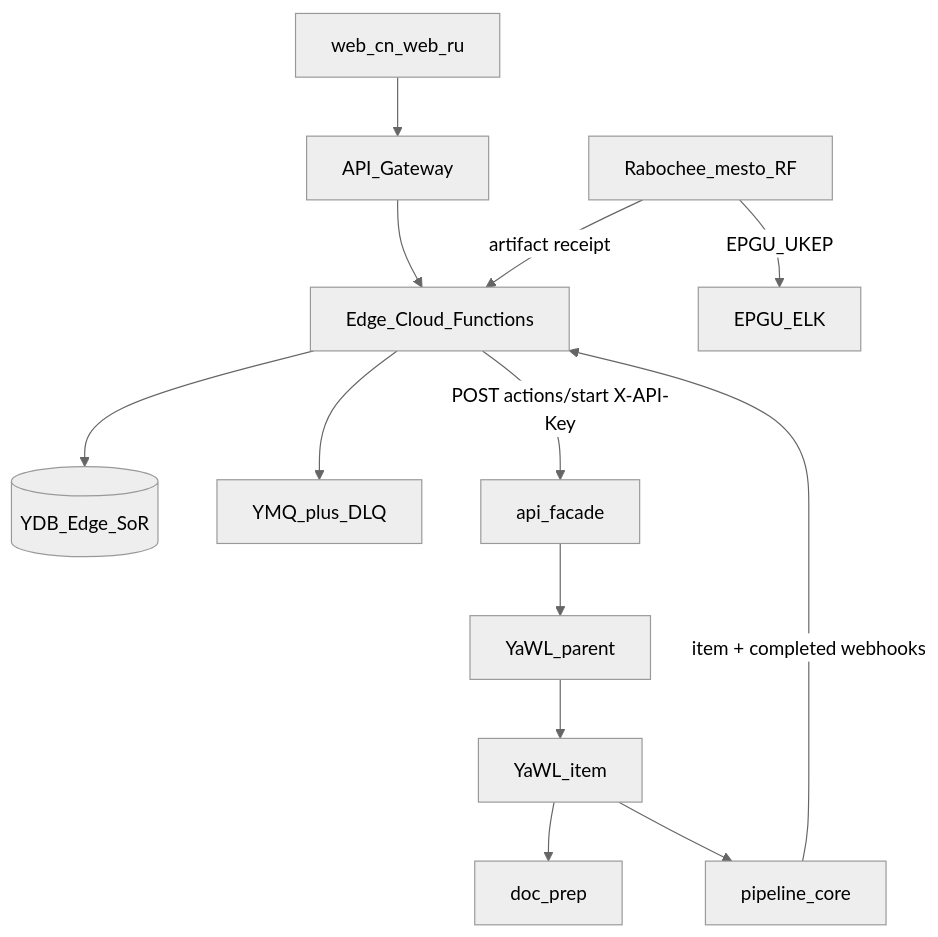
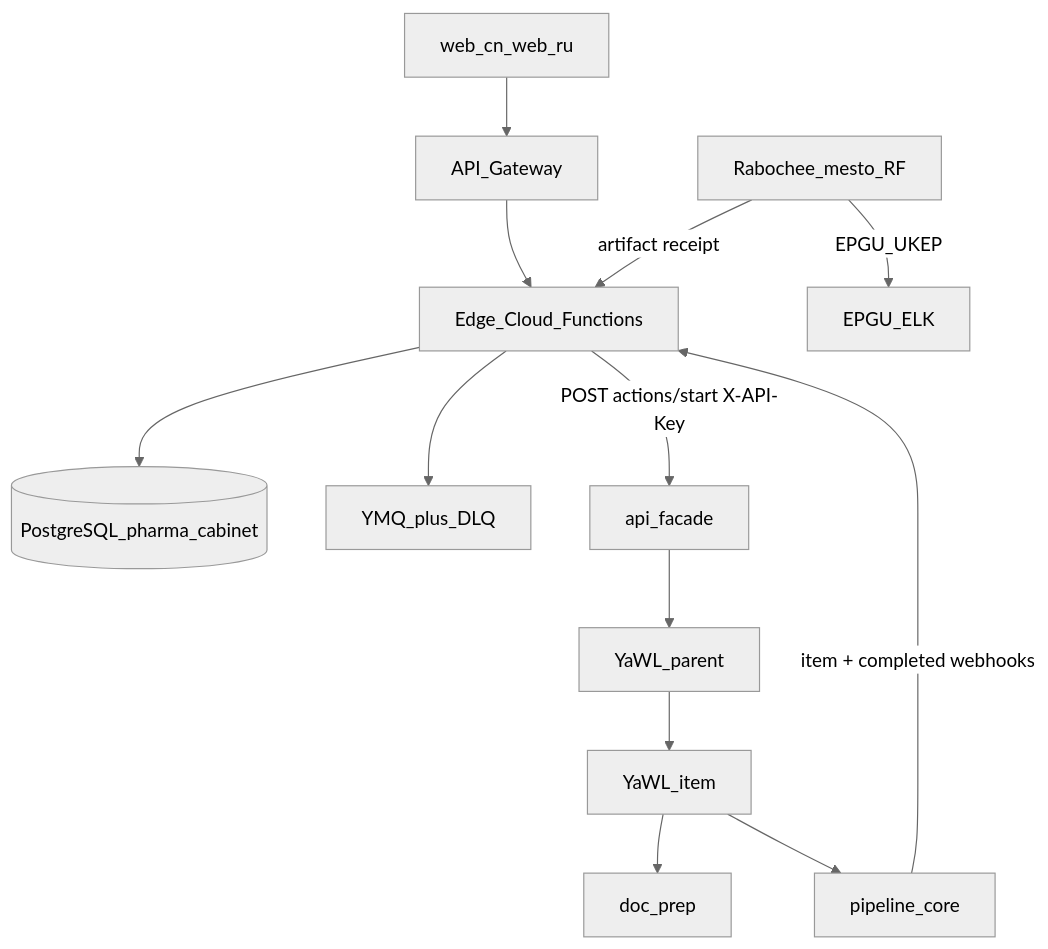
One commit to SinopticsAI/pharma-edge changed the diagram in spec/design.md. Above: the diagram before and after it, drawn with Mermaid (neutral theme). The commit also changed other lines of this file and 142 other files, not shown here.

````diff
--- a/spec/design.md
+++ b/spec/design.md
@@ -21,15 +24,15 @@
 ```mermaid
 flowchart TD
   spa[web_cn_web_ru] --> gw[API_Gateway]
   gw --> edge[Edge_Cloud_Functions]
-  edge --> ydb[(YDB_Edge_SoR)]
+  edge --> pg[(PostgreSQL_pharma_cabinet)]
   edge --> ymq[YMQ_plus_DLQ]
   edge -->|"POST actions/start X-API-Key"| facade[api_facade]
   facade --> yawl[YaWL_parent]
   yawl --> child[YaWL_item]
   child --> prep[doc_prep]
   child --> core[pipeline_core]
   core -->|"item + completed webhooks"| edge
   ruOp[Rabochee_mesto_RF] -->|"EPGU_UKEP"| gov[EPGU_ELK]
   ruOp -->|"artifact receipt"| edge
 ```
````
